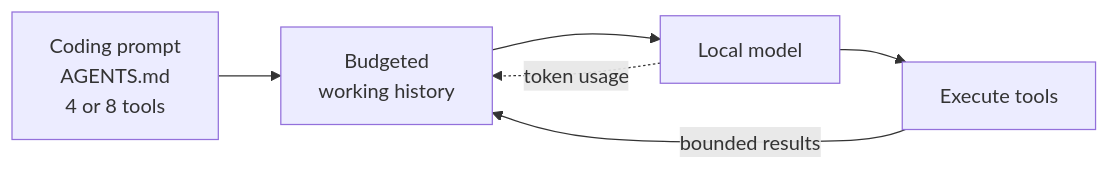
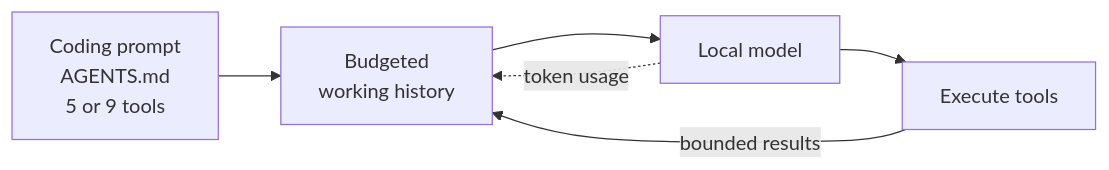
One commit to leonvanzyl/smolcoder changed the first of 5 diagrams in docs/how-it-works.md. Above: the diagram before and after it, drawn with Mermaid. The commit also changed other lines of this file and 19 other files, not shown here.

````diff
--- a/docs/how-it-works.md
+++ b/docs/how-it-works.md
@@ -9,8 +9,8 @@
 ```mermaid
 flowchart LR
-    Inputs["Coding prompt<br/>AGENTS.md<br/>4 or 8 tools"] --> Context["Budgeted<br/>working history"]
+    Inputs["Coding prompt<br/>AGENTS.md<br/>5 or 9 tools"] --> Context["Budgeted<br/>working history"]
     Context --> Model["Local model"]
     Model --> Tools["Execute tools"]
     Tools -->|"bounded results"| Context
     Model -.->|"token usage"| Context
 ```
````
